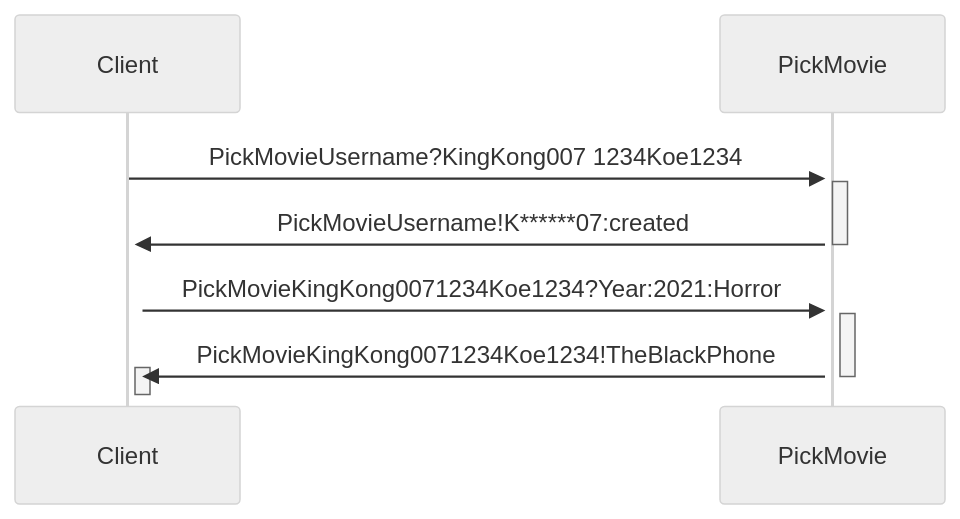
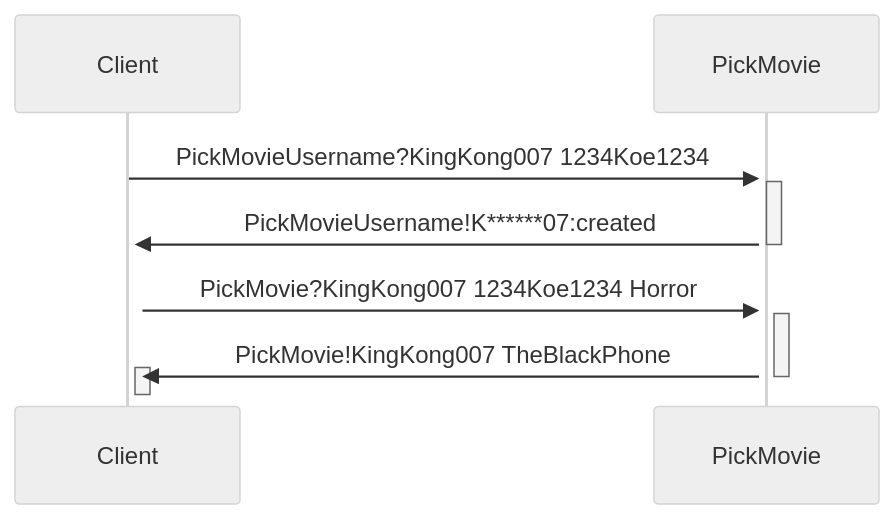
The first of 3 diagrams in README.md (CeyhanYildiz/Network_Zmq), drawn with Mermaid (neutral theme) before and after one commit. The commit also changed other lines of this file, not shown here.

````diff
--- a/README.md
+++ b/README.md
@@ -11,16 +11,16 @@
 ```mermaid
 sequenceDiagram
     participant Client
     participant PickMovie
 
     Client->>+PickMovie: PickMovieUsername?KingKong007 1234Koe1234
     activate Client
     activate PickMovie
     PickMovie->>+Client: PickMovieUsername!K******07:created
     deactivate PickMovie
-    Client->>+PickMovie: PickMovieKingKong0071234Koe1234?Year:2021:Horror
+    Client->>+PickMovie: PickMovie?KingKong007 1234Koe1234 Horror
     activate PickMovie
-    PickMovie->>+Client: PickMovieKingKong0071234Koe1234!TheBlackPhone
+    PickMovie->>+Client: PickMovie!KingKong007 TheBlackPhone
     deactivate PickMovie
     deactivate Client
 ```
````
